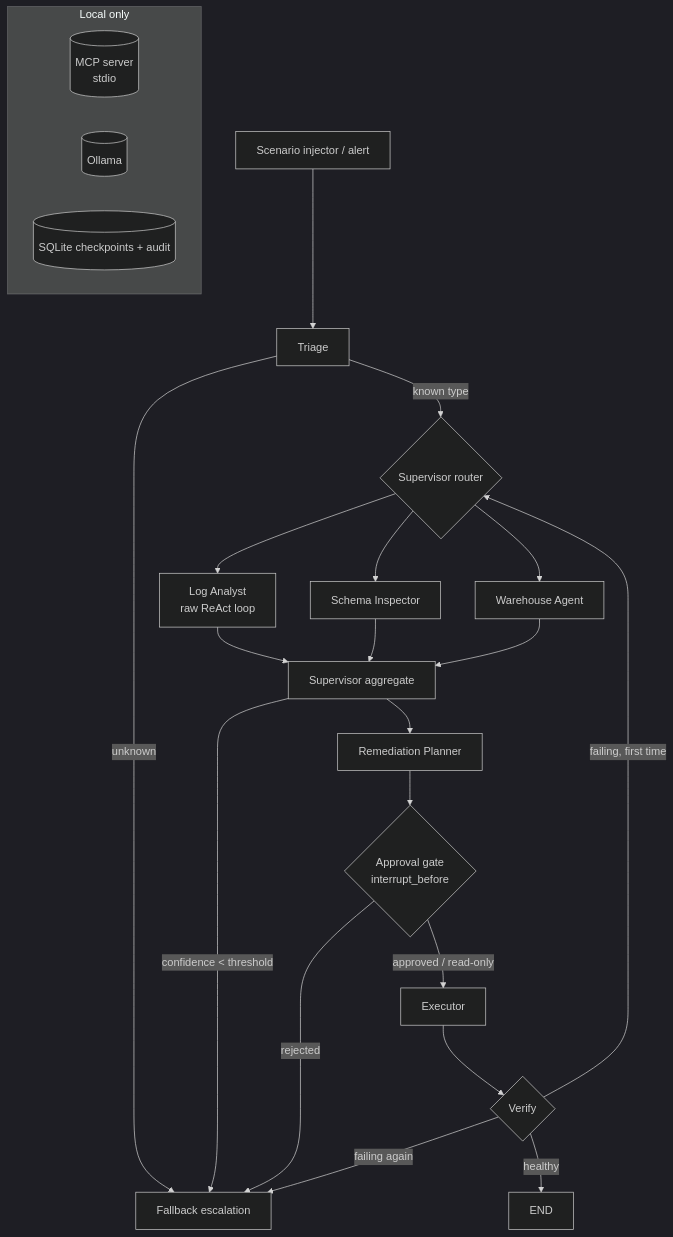
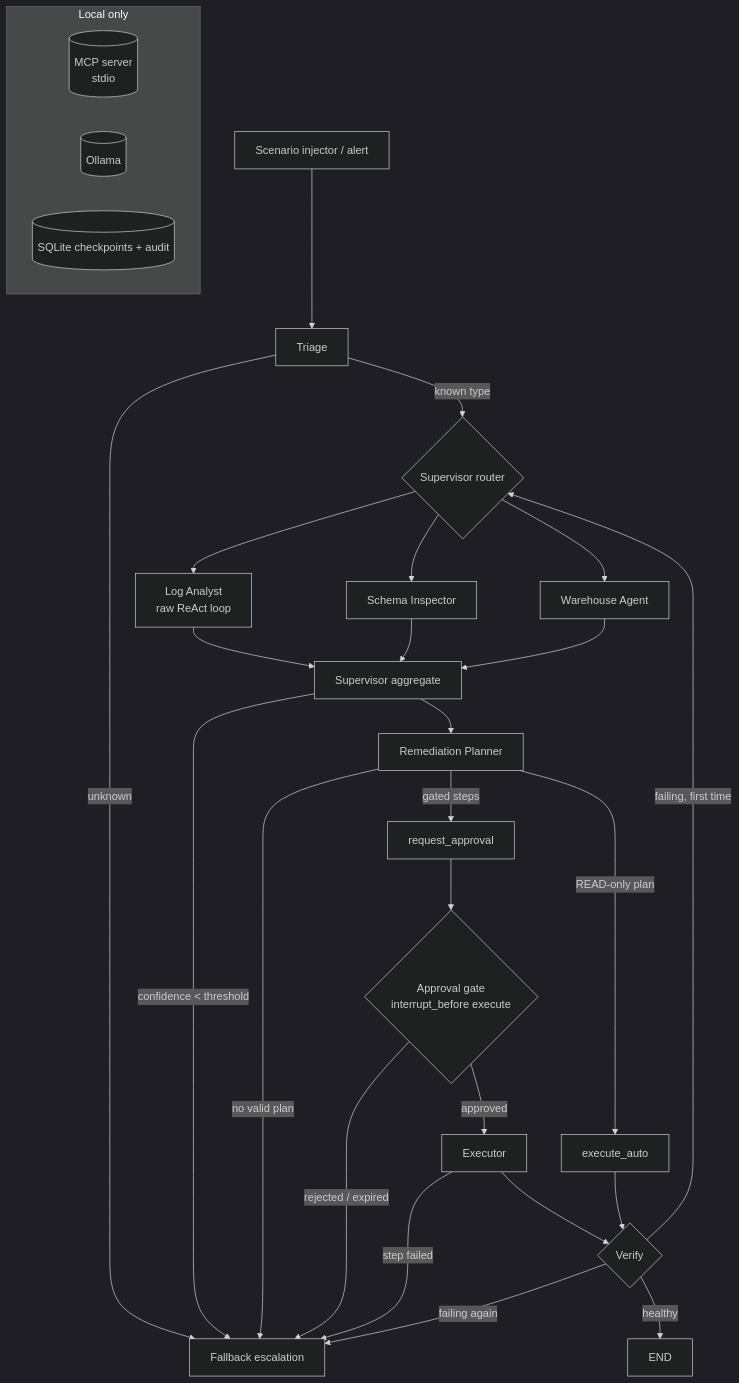
Before and after one commit to fareed-ai-bytes/incident-agents: the diagram in docs/architecture.md, drawn with Mermaid (dark theme). The commit also changed other lines of this file and 3 other files, not shown here.

````diff
--- a/docs/architecture.md
+++ b/docs/architecture.md
@@ -20,26 +20,31 @@
 ```mermaid
 flowchart TD
   A[Scenario injector / alert] --> T[Triage]
   T -->|known type| S{Supervisor router}
   T -->|unknown| F[Fallback escalation]
   S --> LA[Log Analyst<br/>raw ReAct loop]
   S --> SI[Schema Inspector]
   S --> WA[Warehouse Agent]
   LA --> AG[Supervisor aggregate]
   SI --> AG
   WA --> AG
   AG -->|confidence < threshold| F
   AG --> P[Remediation Planner]
-  P --> G{Approval gate<br/>interrupt_before}
-  G -->|approved / read-only| X[Executor]
-  G -->|rejected| F
+  P -->|READ-only plan| XA[execute_auto]
+  P -->|gated steps| RA[request_approval]
+  P -->|no valid plan| F
+  RA --> G{Approval gate<br/>interrupt_before execute}
+  G -->|approved| X[Executor]
+  G -->|rejected / expired| F
   X --> V{Verify}
+  XA --> V
+  X -->|step failed| F
   V -->|healthy| E[END]
   V -->|failing, first time| S
   V -->|failing again| F
   subgraph Local only
     MCP[(MCP server<br/>stdio)]
     OL[(Ollama)]
     DB[(SQLite checkpoints + audit)]
   end
 ```
````
